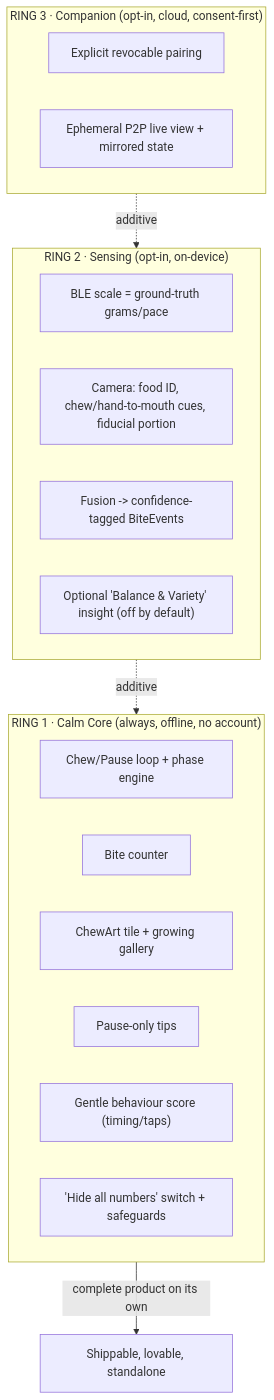
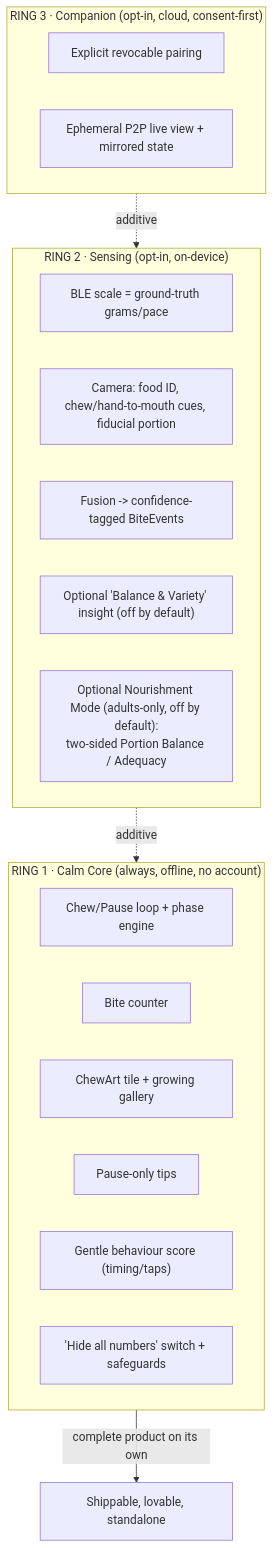
The first of 3 diagrams in docs/01-product-vision.md (constantdynamics/chewie), drawn with Mermaid before and after one commit. The commit also changed other lines of this file and 12 other files, not shown here.

````diff
--- a/docs/01-product-vision.md
+++ b/docs/01-product-vision.md
@@ -145,24 +146,25 @@
 ```mermaid
 flowchart TB
   subgraph R1["RING 1 · Calm Core (always, offline, no account)"]
     loop["Chew/Pause loop + phase engine"]
     bite["Bite counter"]
     art["ChewArt tile + growing gallery"]
     tips["Pause-only tips"]
     score0["Gentle behaviour score (timing/taps)"]
     hide["'Hide all numbers' switch + safeguards"]
   end
   subgraph R2["RING 2 · Sensing (opt-in, on-device)"]
     scale["BLE scale = ground-truth grams/pace"]
     cam["Camera: food ID, chew/hand-to-mouth cues, fiducial portion"]
     fusion["Fusion -> confidence-tagged BiteEvents"]
     balance["Optional 'Balance & Variety' insight (off by default)"]
+    nourish["Optional Nourishment Mode (adults-only, off by default):<br/>two-sided Portion Balance / Adequacy"]
   end
   subgraph R3["RING 3 · Companion (opt-in, cloud, consent-first)"]
     pair["Explicit revocable pairing"]
     watch["Ephemeral P2P live view + mirrored state"]
   end
   R2 -. additive .-> R1
   R3 -. additive .-> R2
   R1 -->|complete product on its own| ship["Shippable, lovable, standalone"]
 ```
````
